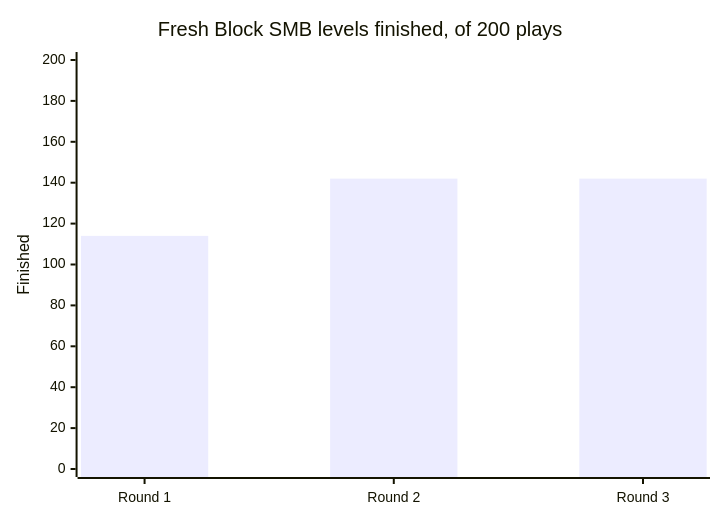
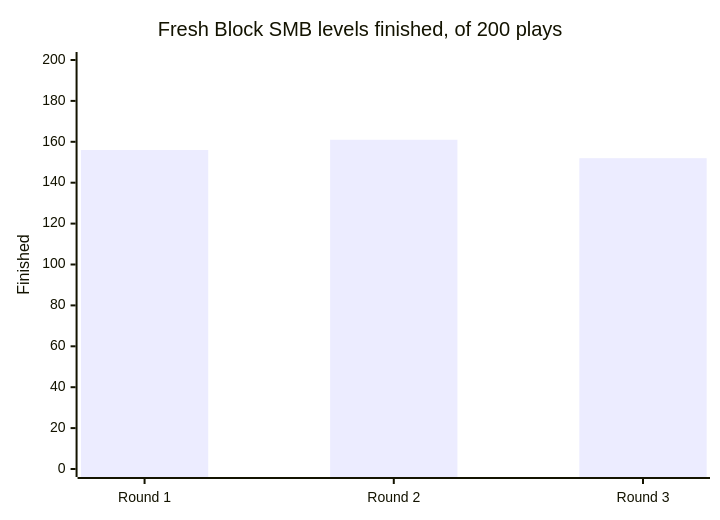
Before and after one commit to salsicha/RetroAGI: the fifth of 5 diagrams in README.md, drawn with Mermaid. The commit also changed other lines of this file and 4 other files, not shown here.

````diff
--- a/README.md
+++ b/README.md
@@ -154,7 +154,7 @@
 ```mermaid
 xychart-beta
     title "Fresh Block SMB levels finished, of 200 plays"
     x-axis ["Round 1", "Round 2", "Round 3"]
     y-axis "Finished" 0 --> 200
-    bar [114, 142, 142]
+    bar [156, 161, 152]
 ```
````
